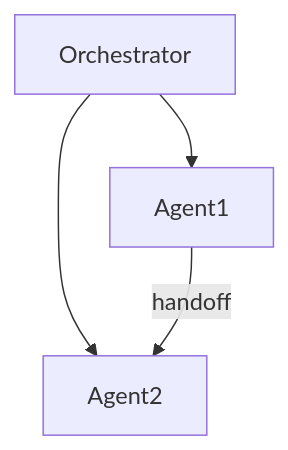
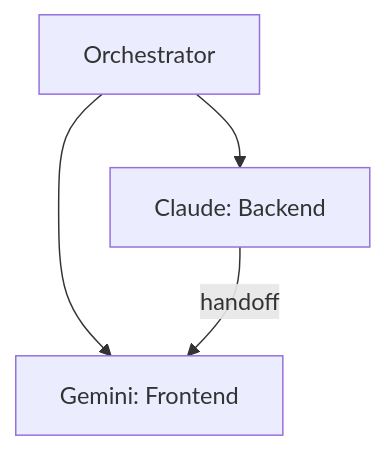
Before and after one commit to Ankurjain1121/framework-developer-agent: the third of 3 diagrams in plugins/framework-dev/agents/framework-developer.md, drawn with Mermaid. The commit also changed other lines of this file and 20 other files, not shown here.

````diff
--- a/plugins/framework-dev/agents/framework-developer.md
+++ b/plugins/framework-dev/agents/framework-developer.md
@@ -203,6 +398,6 @@
 ```mermaid
 graph TB
-  Orchestrator --> Agent1
-  Orchestrator --> Agent2
+  Orchestrator --> Agent1[Claude: Backend]
+  Orchestrator --> Agent2[Gemini: Frontend]
   Agent1 -->|handoff| Agent2
 ```
````
